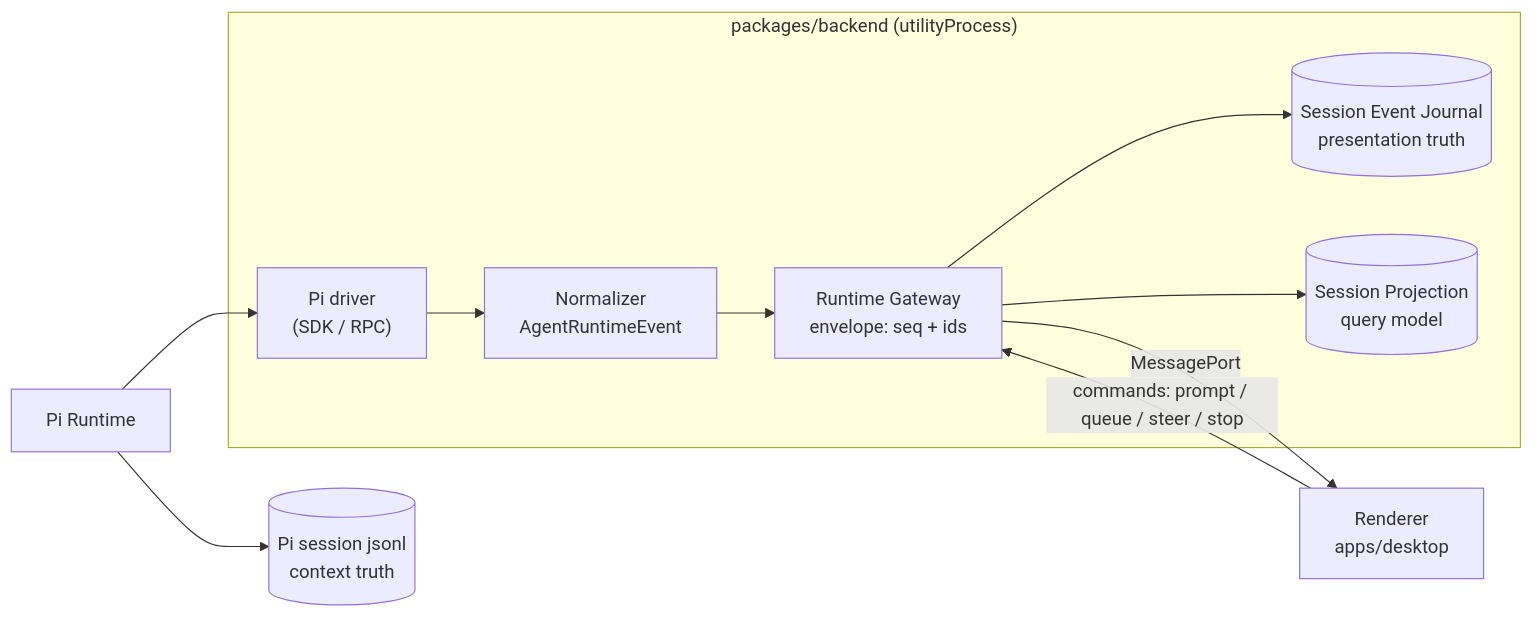
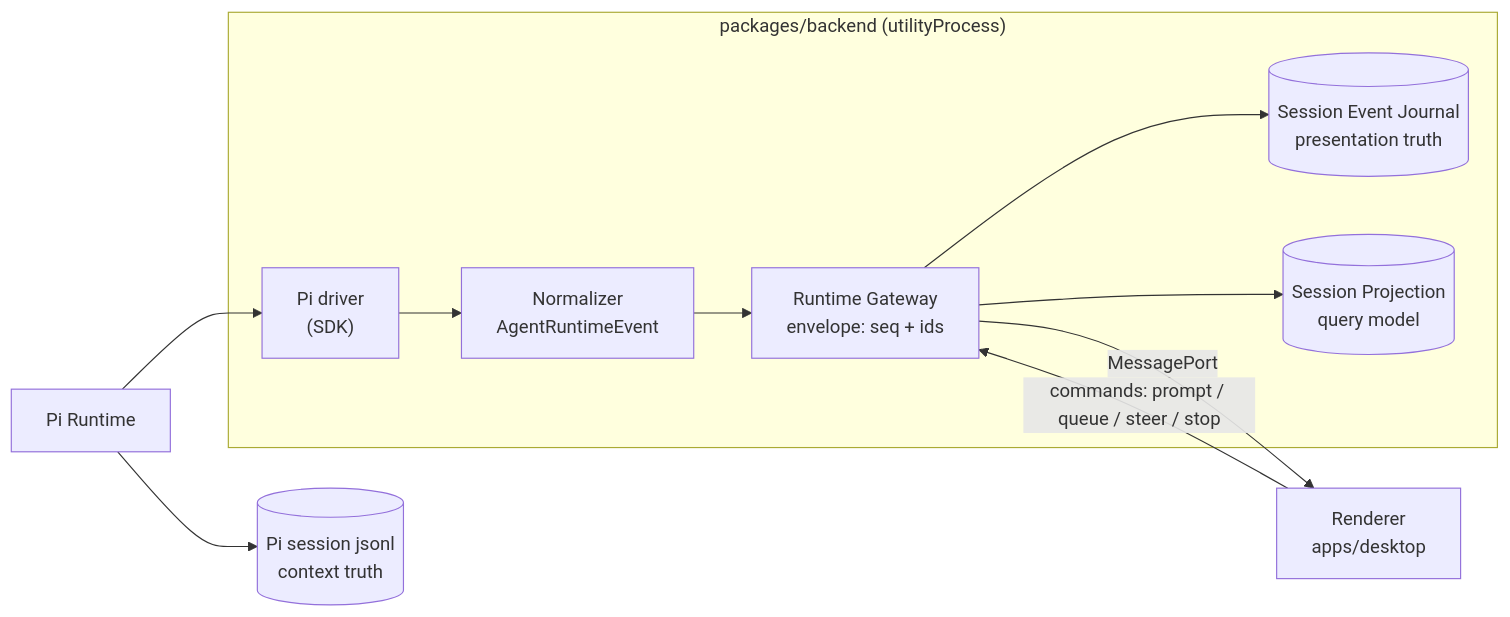
One commit to BubblePtr/PiGUI changed the diagram in README.md. Above: the diagram before and after it, drawn with Mermaid. The commit also changed other lines of this file and 2 other files, not shown here.

````diff
--- a/README.md
+++ b/README.md
@@ -52,13 +57,13 @@
 ```mermaid
 flowchart LR
   subgraph backend["packages/backend (utilityProcess)"]
-    D["Pi driver<br/>(SDK / RPC)"] --> N["Normalizer<br/>AgentRuntimeEvent"]
+    D["Pi driver<br/>(SDK)"] --> N["Normalizer<br/>AgentRuntimeEvent"]
     N --> G["Runtime Gateway<br/>envelope: seq + ids"]
     G --> J[("Session Event Journal<br/>presentation truth")]
     G --> P[("Session Projection<br/>query model")]
   end
   Pi["Pi Runtime"] --> D
   Pi --> L[("Pi session jsonl<br/>context truth")]
   G -->|MessagePort| R["Renderer<br/>apps/desktop"]
   R -->|"commands: prompt / queue / steer / stop"| G
 ```
````
